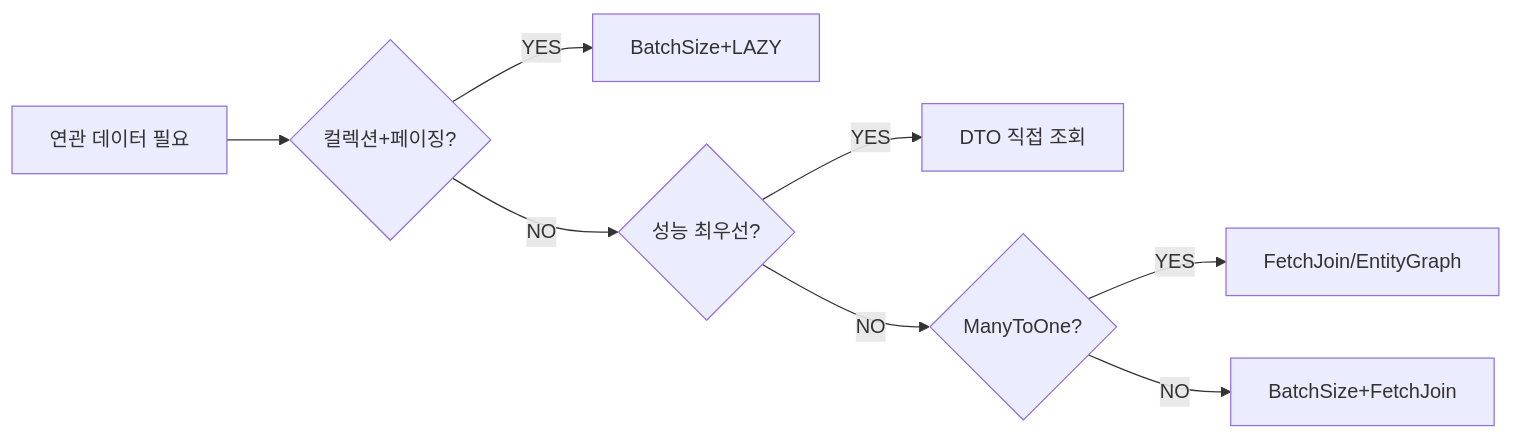
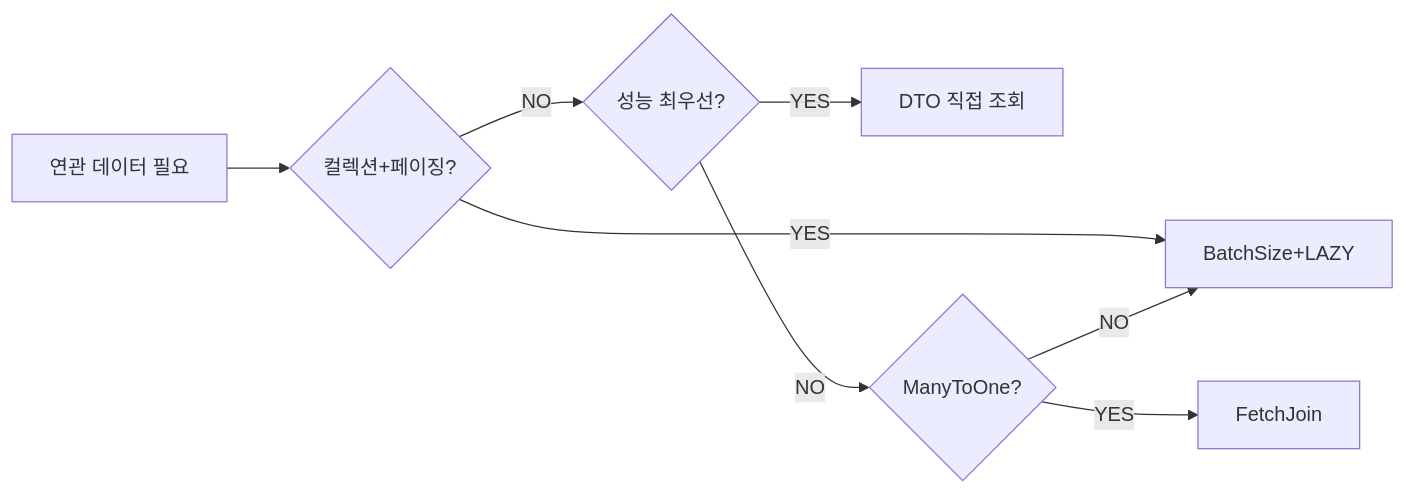
The fourth of 4 diagrams in _posts/jpa/2026-05-01-jpa-n-plus-1.md (yjkim2015/yjkim2015.github.io), drawn with Mermaid before and after one commit. The commit also changed other lines of this file and 245 other files, not shown here.

First line of the commit message:
Mermaid 다이어그램 전면 수정 + 면접 포인트 접기/펼치기 + DB 데드락 페이지

````diff
--- a/_posts/jpa/2026-05-01-jpa-n-plus-1.md
+++ b/_posts/jpa/2026-05-01-jpa-n-plus-1.md
@@ -1310,10 +1310,10 @@
 ```mermaid
 graph LR
     A["연관 데이터 필요"] --> B{"컬렉션+페이징?"}
     B -->|YES| C["BatchSize+LAZY"]
     B -->|NO| D{"성능 최우선?"}
     D -->|YES| E["DTO 직접 조회"]
     D -->|NO| F{"ManyToOne?"}
-    F -->|YES| G["FetchJoin/EntityGraph"]
-    F -->|NO| H["BatchSize+FetchJoin"]
+    F -->|YES| G["FetchJoin"]
+    F -->|NO| C
 ```
````
